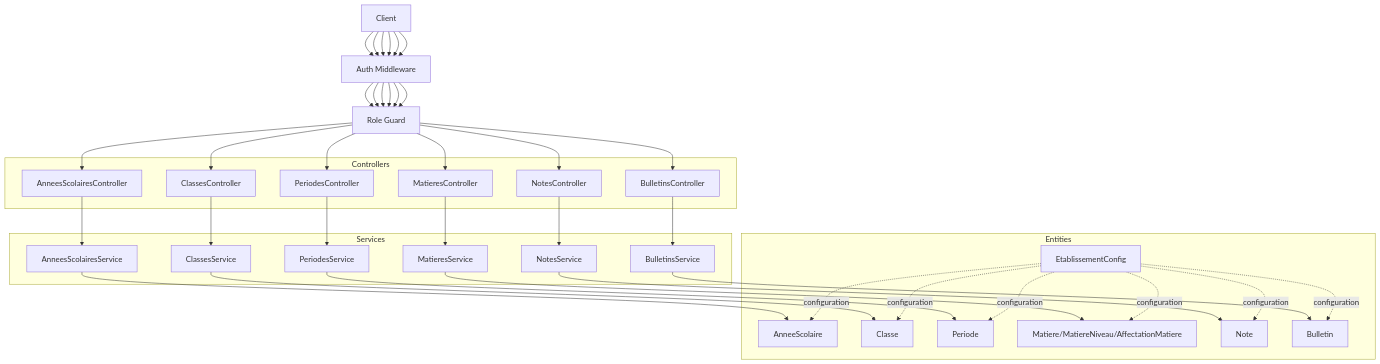
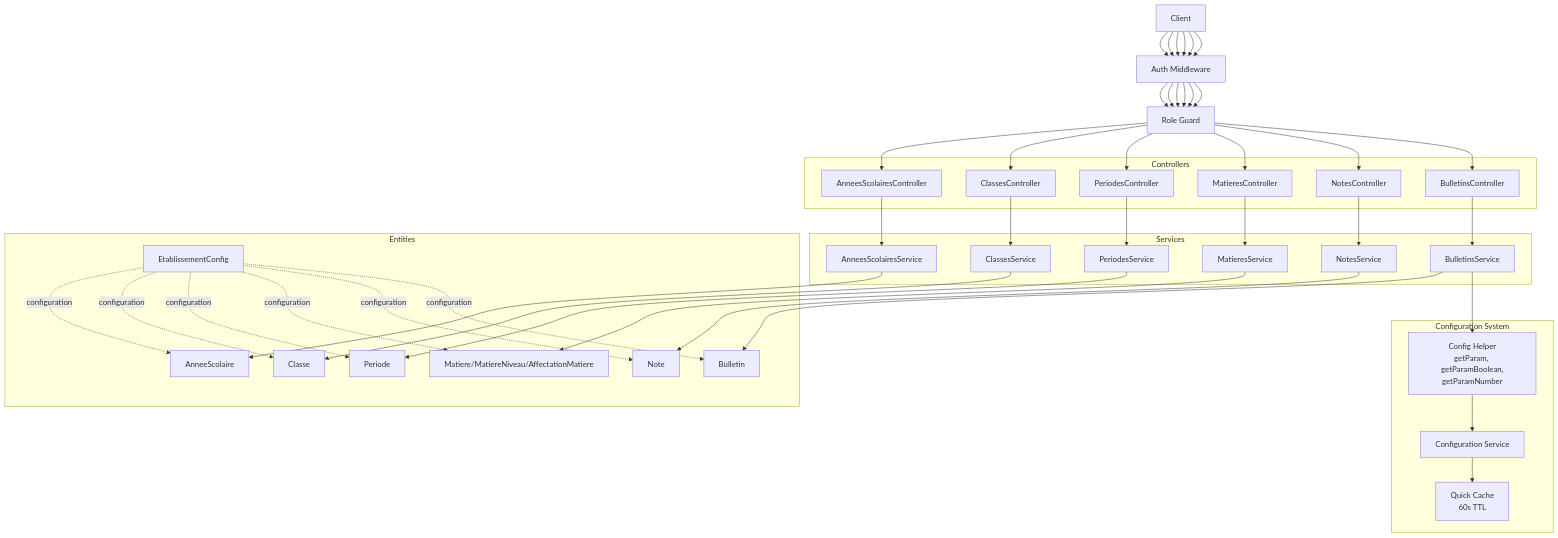
Before and after one commit to franckylab/eLISAschool: the second of 11 diagrams in .qoder/repowiki/en/content/Modules & Features/Academic Modules/Academic Modules.md, drawn with Mermaid. The commit also changed other lines of this file and 155 other files, not shown here.

````diff
--- a/.qoder/repowiki/en/content/Modules & Features/Academic Modules/Academic Modules.md
+++ b/.qoder/repowiki/en/content/Modules & Features/Academic Modules/Academic Modules.md
@@ -166,49 +183,57 @@
 ```mermaid
 graph TB
 Client["Client"]
 Auth["Auth Middleware"]
 Roles["Role Guard"]
 subgraph "Controllers"
 C_ays["AnneesScolairesController"]
 C_cls["ClassesController"]
 C_per["PeriodesController"]
 C_mat["MatieresController"]
 C_not["NotesController"]
 C_bl["BulletinsController"]
 end
 subgraph "Services"
 S_ays["AnneesScolairesService"]
 S_cls["ClassesService"]
 S_per["PeriodesService"]
 S_mat["MatieresService"]
 S_not["NotesService"]
 S_bl["BulletinsService"]
 end
 subgraph "Entities"
 E_ys["AnneeScolaire"]
 E_cls["Classe"]
 E_per["Periode"]
 E_mat["Matiere/MatiereNiveau/AffectationMatiere"]
 E_note["Note"]
 E_bul["Bulletin"]
 E_cfg["EtablissementConfig"]
 end
+subgraph "Configuration System"
+CfgHelper["Config Helper<br/>getParam, getParamBoolean,<br/>getParamNumber"]
+CfgService["Configuration Service"]
+CfgCache["Quick Cache<br/>60s TTL"]
+end
 Client --> Auth --> Roles --> C_ays
 Client --> Auth --> Roles --> C_cls
 Client --> Auth --> Roles --> C_per
 Client --> Auth --> Roles --> C_mat
 Client --> Auth --> Roles --> C_not
 Client --> Auth --> Roles --> C_bl
 C_ays --> S_ays --> E_ys
 C_cls --> S_cls --> E_cls
 C_per --> S_per --> E_per
 C_mat --> S_mat --> E_mat
 C_not --> S_not --> E_note
 C_bl --> S_bl --> E_bul
 E_cfg -. configuration .-> E_ys
 E_cfg -. configuration .-> E_cls
 E_cfg -. configuration .-> E_per
 E_cfg -. configuration .-> E_mat
 E_cfg -. configuration .-> E_note
 E_cfg -. configuration .-> E_bul
+S_bl --> CfgHelper
+CfgHelper --> CfgService
+CfgService --> CfgCache
 ```
````
